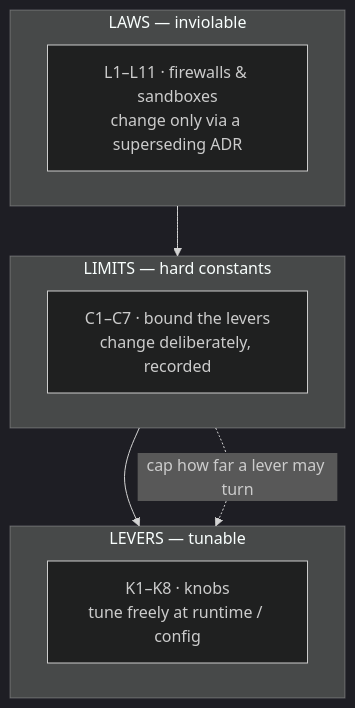
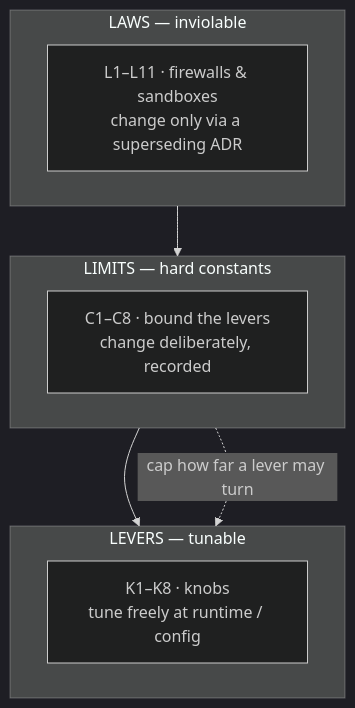
The third of 3 diagrams in docs/POLICY.md (CarlosBurrlos/my-simple-day-os), drawn with Mermaid (dark theme) before and after one commit. The commit also changed other lines of this file and 3 other files, not shown here.

````diff
--- a/docs/POLICY.md
+++ b/docs/POLICY.md
@@ -150,14 +151,14 @@
 ```mermaid
 flowchart TB
     subgraph laws["LAWS — inviolable"]
         l["L1–L11 · firewalls & sandboxes<br/>change only via a superseding ADR"]
     end
     subgraph limits["LIMITS — hard constants"]
-        c["C1–C7 · bound the levers<br/>change deliberately, recorded"]
+        c["C1–C8 · bound the levers<br/>change deliberately, recorded"]
     end
     subgraph levers["LEVERS — tunable"]
         k["K1–K8 · knobs<br/>tune freely at runtime / config"]
     end
     laws --> limits --> levers
     limits -. "cap how far a lever may turn" .-> levers
 ```
````
